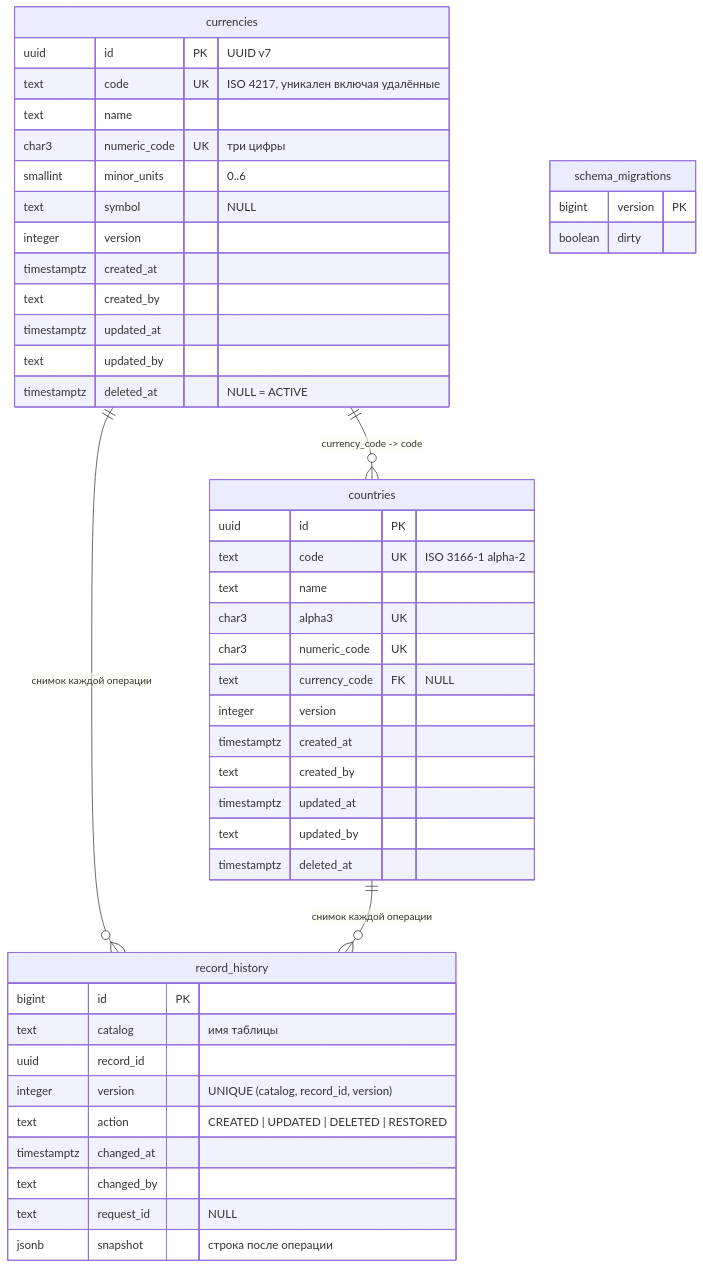
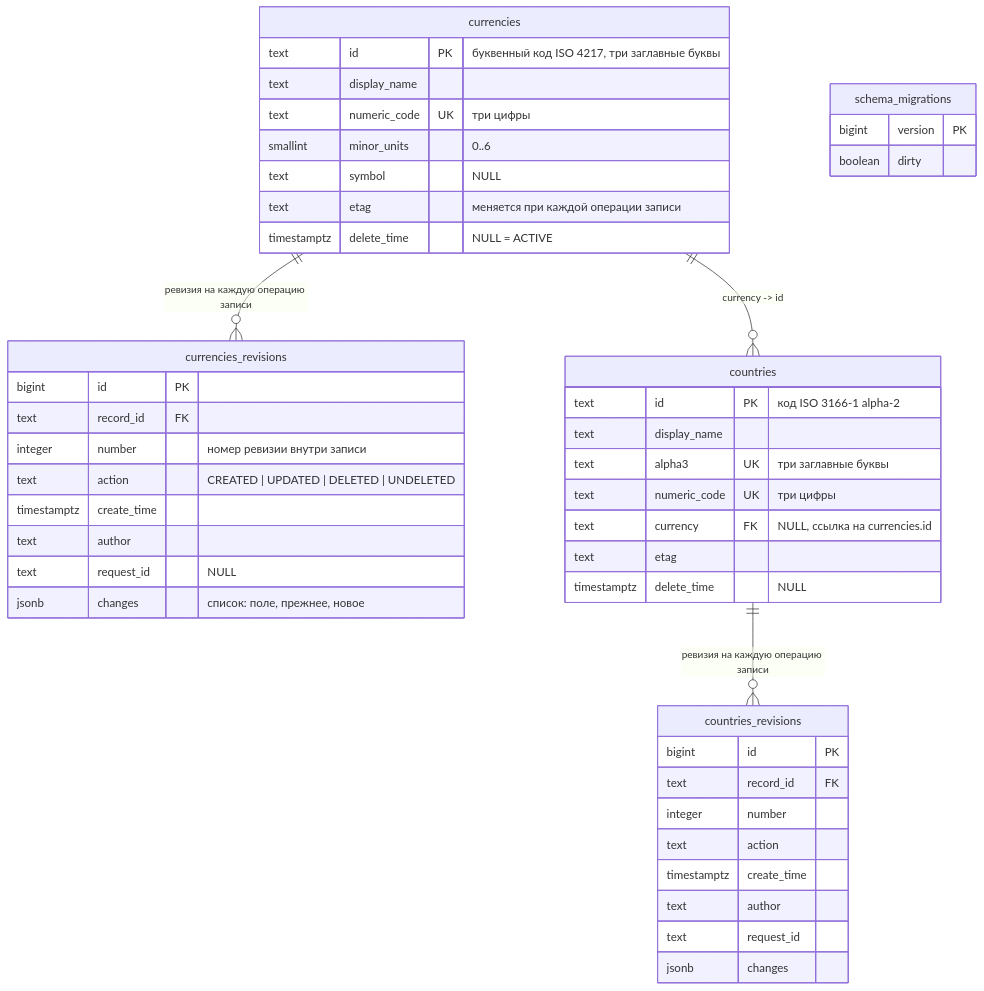
The diagram in reference-manager/docs/block-f-data-model/120.data-model.md (MEPhI-C22-501/arch-info-system-monorepo), drawn with Mermaid before and after one commit. The commit also changed other lines of this file and 30 other files, not shown here.

````diff
--- a/reference-manager/docs/block-f-data-model/120.data-model.md
+++ b/reference-manager/docs/block-f-data-model/120.data-model.md
@@ -12,53 +12,53 @@
 ```mermaid
 erDiagram
-    currencies ||--o{ countries : "currency_code -> code"
-    currencies ||--o{ record_history : "снимок каждой операции"
-    countries ||--o{ record_history : "снимок каждой операции"
+    currencies ||--o{ currencies_revisions : "ревизия на каждую операцию записи"
+    countries ||--o{ countries_revisions : "ревизия на каждую операцию записи"
+    currencies ||--o{ countries : "currency -> id"
 
     currencies {
-        uuid id PK "UUID v7"
-        text code UK "ISO 4217, уникален включая удалённые"
-        text name
-        char3 numeric_code UK "три цифры"
+        text id PK "буквенный код ISO 4217, три заглавные буквы"
+        text display_name
+        text numeric_code UK "три цифры"
         smallint minor_units "0..6"
         text symbol "NULL"
-        integer version
-        timestamptz created_at
-        text created_by
-        timestamptz updated_at
-        text updated_by
-        timestamptz deleted_at "NULL = ACTIVE"
+        text etag "меняется при каждой операции записи"
+        timestamptz delete_time "NULL = ACTIVE"
+    }
+
+    currencies_revisions {
+        bigint id PK
+        text record_id FK
+        integer number "номер ревизии внутри записи"
+        text action "CREATED | UPDATED | DELETED | UNDELETED"
+        timestamptz create_time
+        text author
+        text request_id "NULL"
+        jsonb changes "список: поле, прежнее, новое"
     }
 
     countries {
-        uuid id PK
-        text code UK "ISO 3166-1 alpha-2"
-        text name
-        char3 alpha3 UK
-        char3 numeric_code UK
-        text currency_code FK "NULL"
-        integer version
-        timestamptz created_at
-        text created_by
-        timestamptz updated_at
-        text updated_by
-        timestamptz deleted_at
+        text id PK "код ISO 3166-1 alpha-2"
+        text display_name
+        text alpha3 UK "три заглавные буквы"
+        text numeric_code UK "три цифры"
+        text currency FK "NULL, ссылка на currencies.id"
+        text etag
+        timestamptz delete_time "NULL"
     }
 
-    record_history {
+    countries_revisions {
         bigint id PK
-        text catalog "имя таблицы"
-        uuid record_id
-        integer version "UNIQUE (catalog, record_id, version)"
-        text action "CREATED | UPDATED | DELETED | RESTORED"
-        timestamptz changed_at
-        text changed_by
-        text request_id "NULL"
-        jsonb snapshot "строка после операции"
+        text record_id FK
+        integer number
+        text action
+        timestamptz create_time
+        text author
+        text request_id
+        jsonb changes
     }
 
     schema_migrations {
         bigint version PK
         boolean dirty
     }
 ```
````
